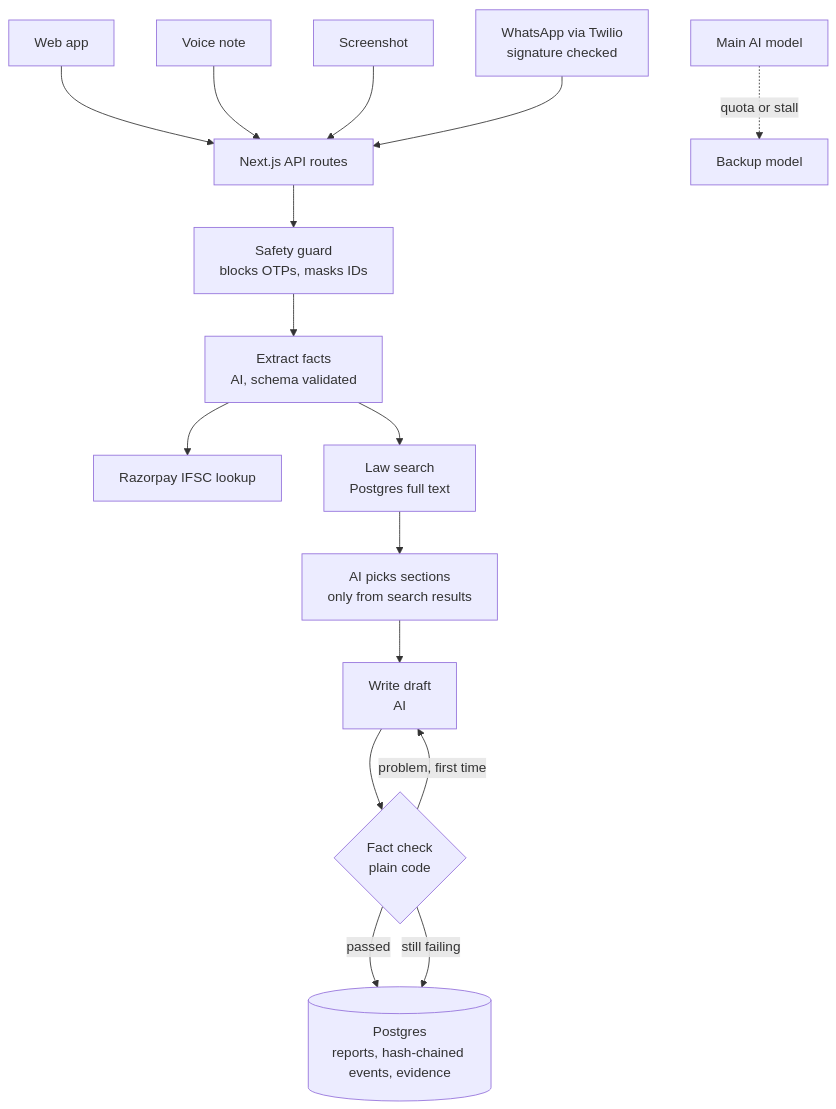
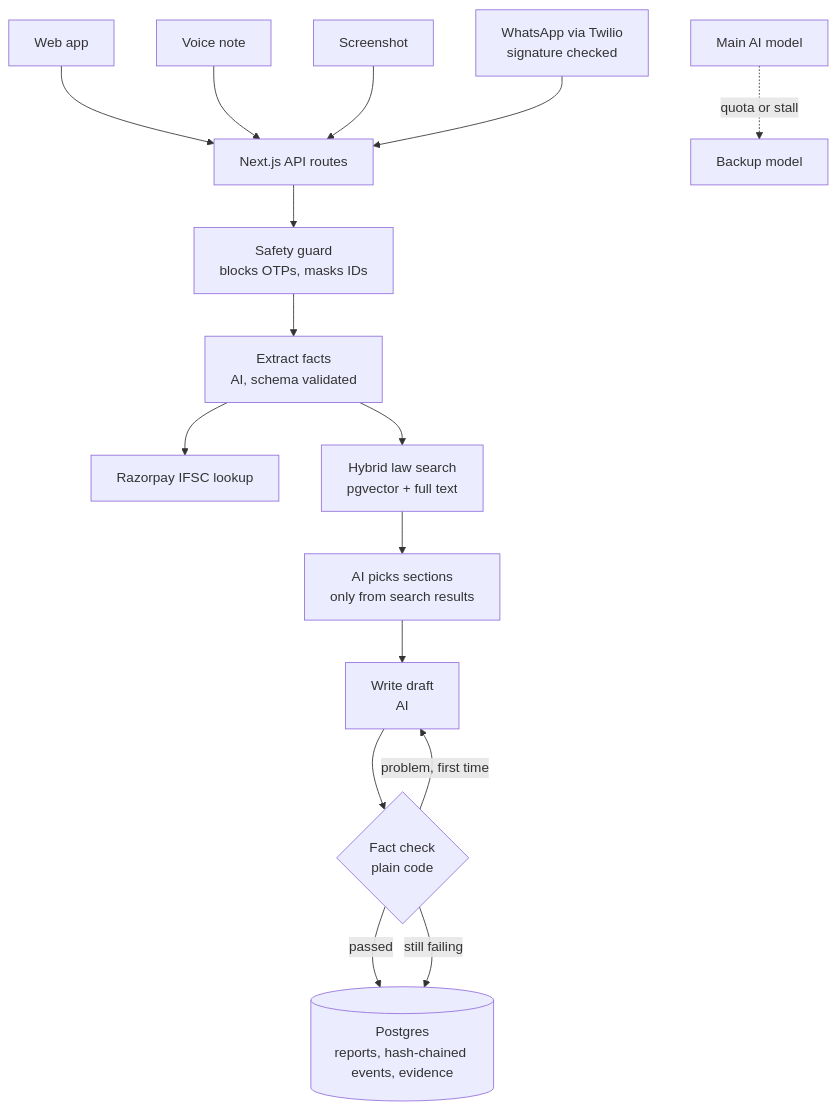
The diagram in README.md (aadityaa0523/saakshya), drawn with Mermaid before and after one commit. The commit also changed other lines of this file and 14 other files, not shown here.

First line of the commit message:
Add hybrid law retrieval with pgvector and load amended IT Act sections

````diff
--- a/README.md
+++ b/README.md
@@ -67,18 +67,18 @@
 ```mermaid
 flowchart TD
   Web[Web app] --> API[Next.js API routes]
   Voice[Voice note] --> API
   Shot[Screenshot] --> API
   WA[WhatsApp via Twilio<br/>signature checked] --> API
   API --> Guard[Safety guard<br/>blocks OTPs, masks IDs]
   Guard --> Extract[Extract facts<br/>AI, schema validated]
   Extract --> IFSC[Razorpay IFSC lookup]
-  Extract --> Laws[Law search<br/>Postgres full text]
+  Extract --> Laws[Hybrid law search<br/>pgvector + full text]
   Laws --> Pick[AI picks sections<br/>only from search results]
   Pick --> Draft[Write draft<br/>AI]
   Draft --> Check{Fact check<br/>plain code}
   Check -- problem, first time --> Draft
   Check -- passed --> DB[(Postgres<br/>reports, hash-chained events, evidence)]
   Check -- still failing --> DB
   LLM[Main AI model] -. quota or stall .-> Backup[Backup model]
 ```
````
